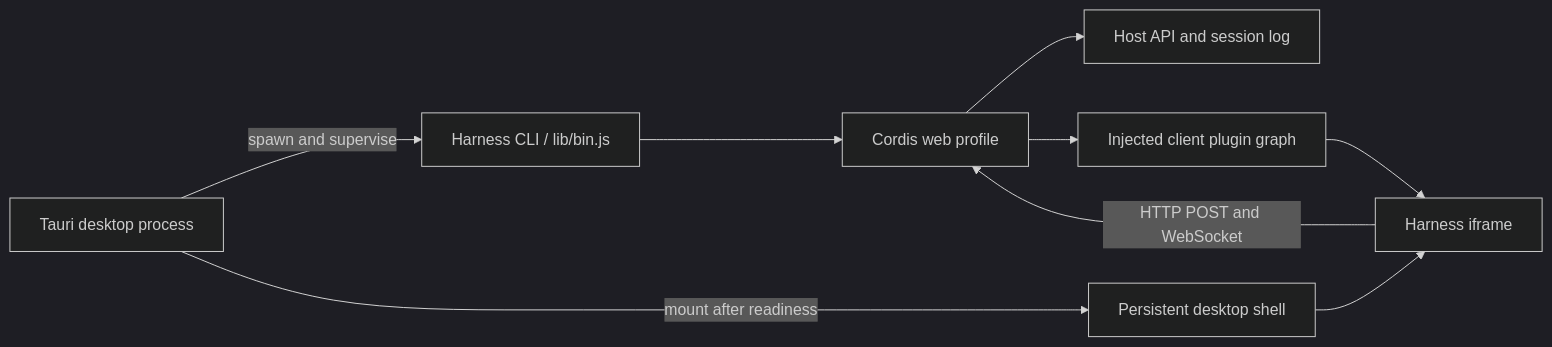
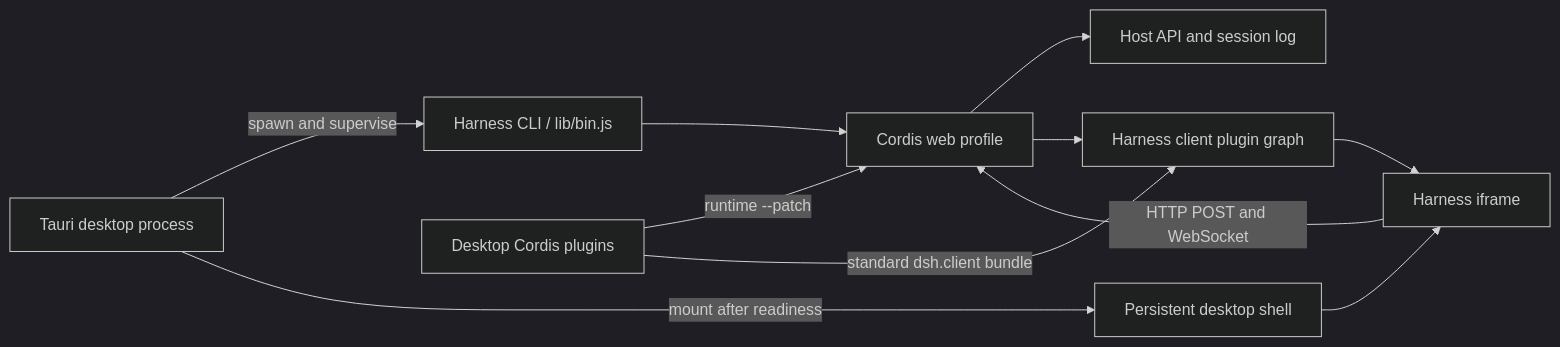
Before and after one commit to WJZ-P/deepseek-harness-desktop: the diagram in README.md, drawn with Mermaid (dark theme). The commit also changed other lines of this file and 76 other files, not shown here.

Commit message:
feat: extract desktop features into DSH plugins

````diff
--- a/README.md
+++ b/README.md
@@ -126,11 +139,13 @@
 ```mermaid
 flowchart LR
   A["Tauri desktop process"] -->|"spawn and supervise"| B["Harness CLI / lib/bin.js"]
   B --> C["Cordis web profile"]
   C --> D["Host API and session log"]
-  C --> E["Injected client plugin graph"]
+  C --> E["Harness client plugin graph"]
+  H["Desktop Cordis plugins"] -->|"runtime --patch"| C
+  H -->|"standard dsh.client bundle"| E
   A -->|"mount after readiness"| F["Persistent desktop shell"]
   E --> G["Harness iframe"]
   F --> G
   G -->|"HTTP POST and WebSocket"| C
 ```
````
